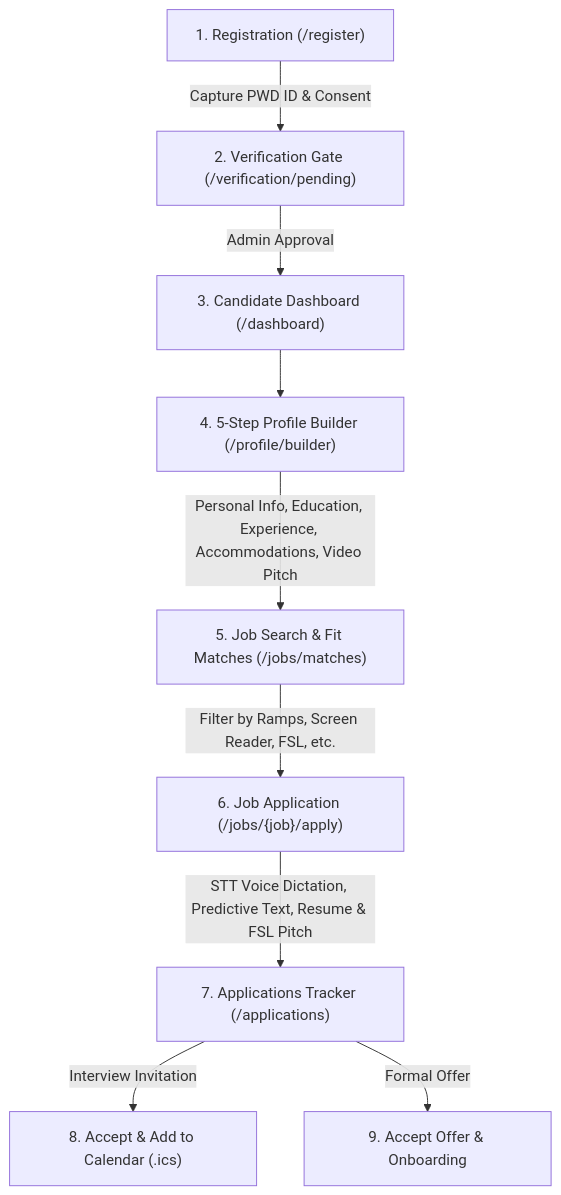
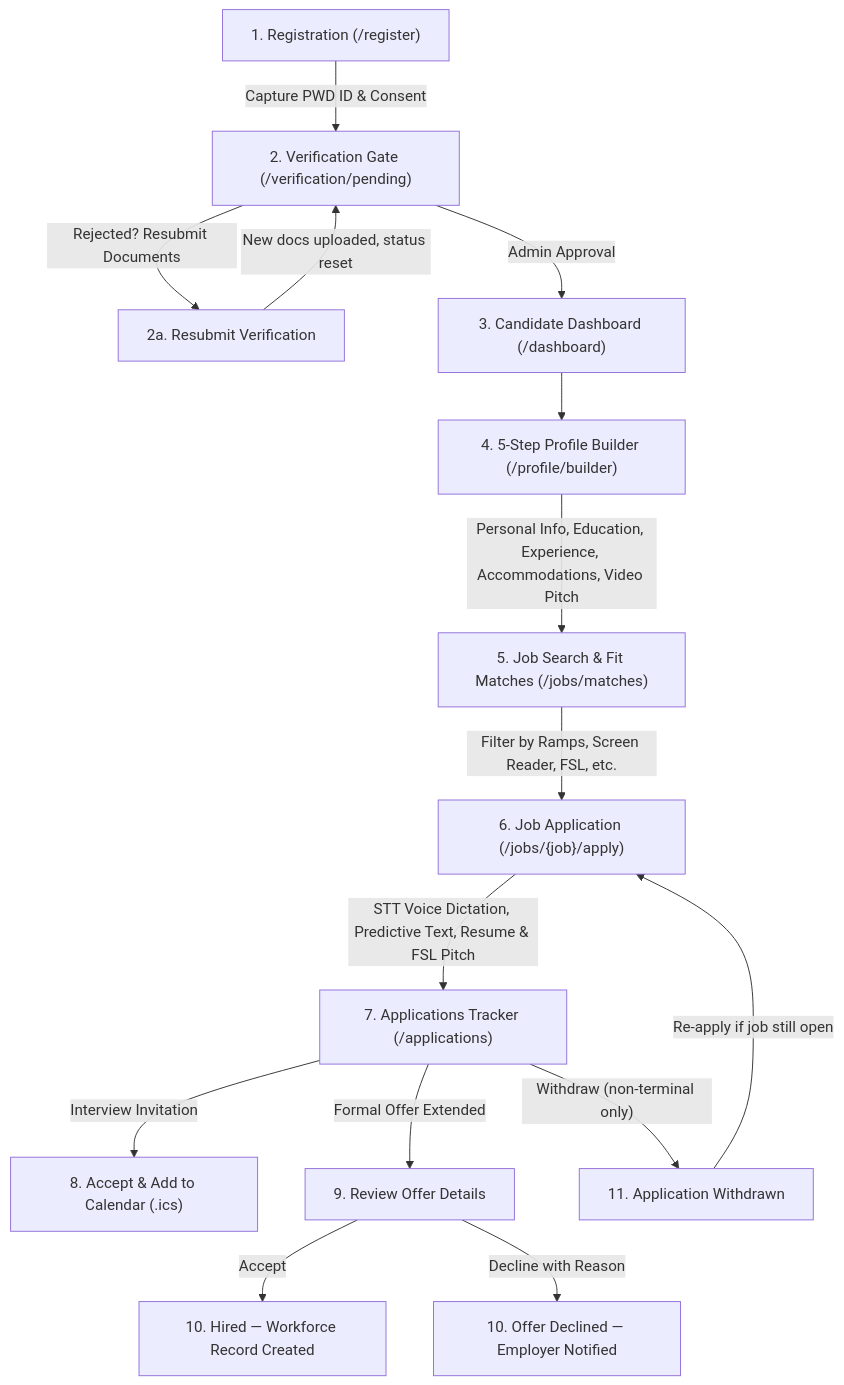
The first of 4 diagrams in pwd-e-app/docs/SYSTEM_WORKFLOWS.md (Nishieeee/pwd-e), drawn with Mermaid before and after one commit. The commit also changed other lines of this file, not shown here.

Commit message:
docs: update system workflows with lifecycle hardening, offer states, and notifications

````diff
--- a/pwd-e-app/docs/SYSTEM_WORKFLOWS.md
+++ b/pwd-e-app/docs/SYSTEM_WORKFLOWS.md
@@ -24,11 +33,17 @@
 ```mermaid
 flowchart TD
     A["1. Registration (/register)"] -->|"Capture PWD ID & Consent"| B["2. Verification Gate (/verification/pending)"]
+    B -->|"Rejected? Resubmit Documents"| B2["2a. Resubmit Verification"]
+    B2 -->|"New docs uploaded, status reset"| B
     B -->|"Admin Approval"| C["3. Candidate Dashboard (/dashboard)"]
     C --> D["4. 5-Step Profile Builder (/profile/builder)"]
     D -->|"Personal Info, Education, Experience, Accommodations, Video Pitch"| E["5. Job Search & Fit Matches (/jobs/matches)"]
     E -->|"Filter by Ramps, Screen Reader, FSL, etc."| F["6. Job Application (/jobs/{job}/apply)"]
     F -->|"STT Voice Dictation, Predictive Text, Resume & FSL Pitch"| G["7. Applications Tracker (/applications)"]
     G -->|"Interview Invitation"| H["8. Accept & Add to Calendar (.ics)"]
-    G -->|"Formal Offer"| I["9. Accept Offer & Onboarding"]
+    G -->|"Formal Offer Extended"| I["9. Review Offer Details"]
+    I -->|"Accept"| J["10. Hired — Workforce Record Created"]
+    I -->|"Decline with Reason"| K["10. Offer Declined — Employer Notified"]
+    G -->|"Withdraw (non-terminal only)"| L["11. Application Withdrawn"]
+    L -->|"Re-apply if job still open"| F
 ```
````
